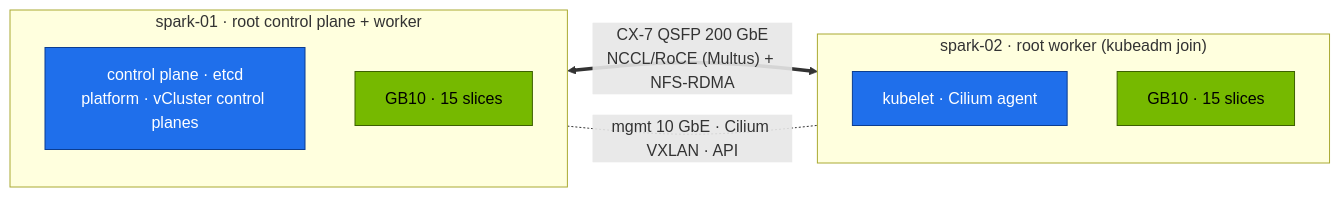
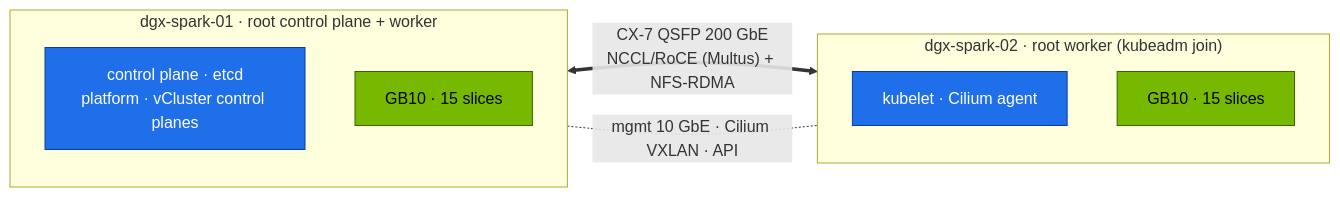
The third of 3 diagrams in 02 Kubernetes/15-dgx-spark-datacenter-simulation-lab.md (cloudone365/technical-depth), drawn with Mermaid before and after one commit. The commit also changed other lines of this file and 88 other files, not shown here.

First line of the commit message:
Rename the Spark hosts to dgx-spark-01 / dgx-spark-02

````diff
--- a/02 Kubernetes/15-dgx-spark-datacenter-simulation-lab.md
+++ b/02 Kubernetes/15-dgx-spark-datacenter-simulation-lab.md
@@ -338,17 +338,17 @@
 ```mermaid
 flowchart LR
-  subgraph A["spark-01 · root control plane + worker"]
+  subgraph A["dgx-spark-01 · root control plane + worker"]
     A1["control plane · etcd<br/>platform · vCluster control planes"]
     A2["GB10 · 15 slices"]
   end
-  subgraph B["spark-02 · root worker (kubeadm join)"]
+  subgraph B["dgx-spark-02 · root worker (kubeadm join)"]
     B1["kubelet · Cilium agent"]
     B2["GB10 · 15 slices"]
   end
   A <== "CX-7 QSFP 200 GbE<br/>NCCL/RoCE (Multus) + NFS-RDMA" ==> B
   A -. "mgmt 10 GbE · Cilium VXLAN · API" .- B
   classDef gpu fill:#76b900,stroke:#3d6000,color:#000
   classDef ctrl fill:#1f6feb,stroke:#0b3d91,color:#fff
   class A2,B2 gpu
   class A1,B1 ctrl
 ```
````
